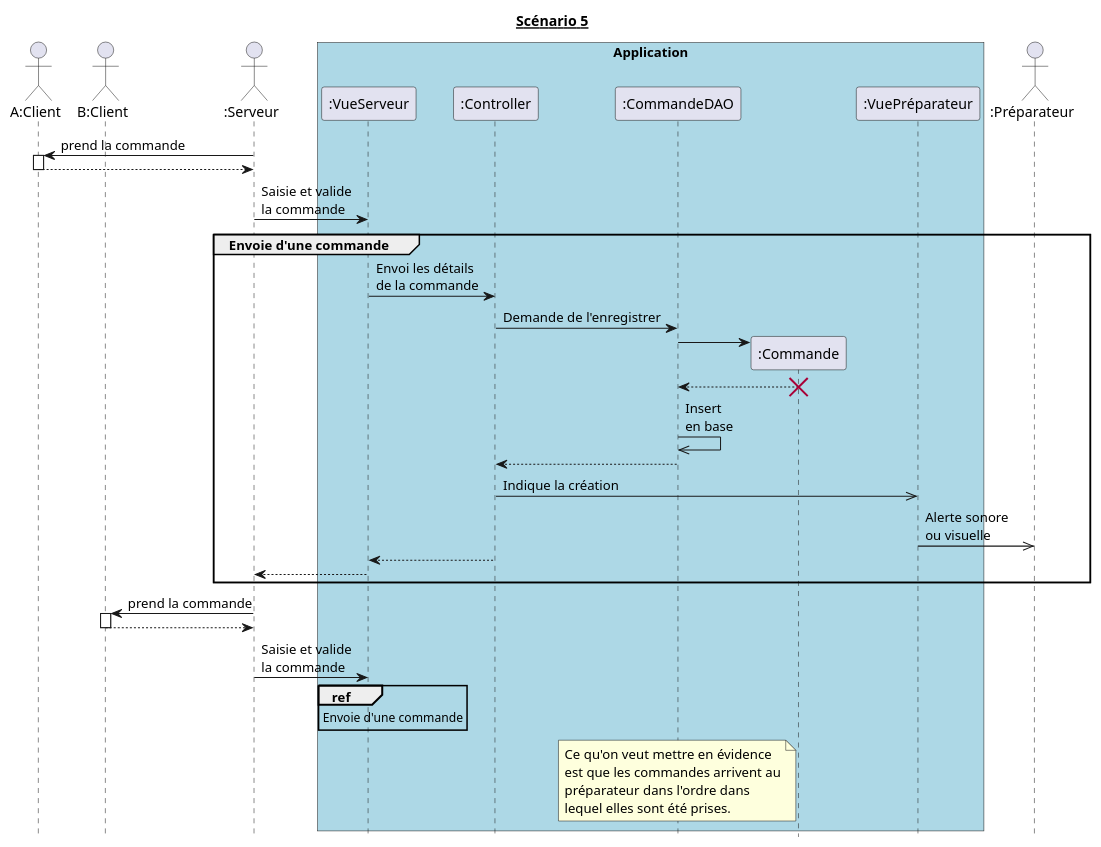
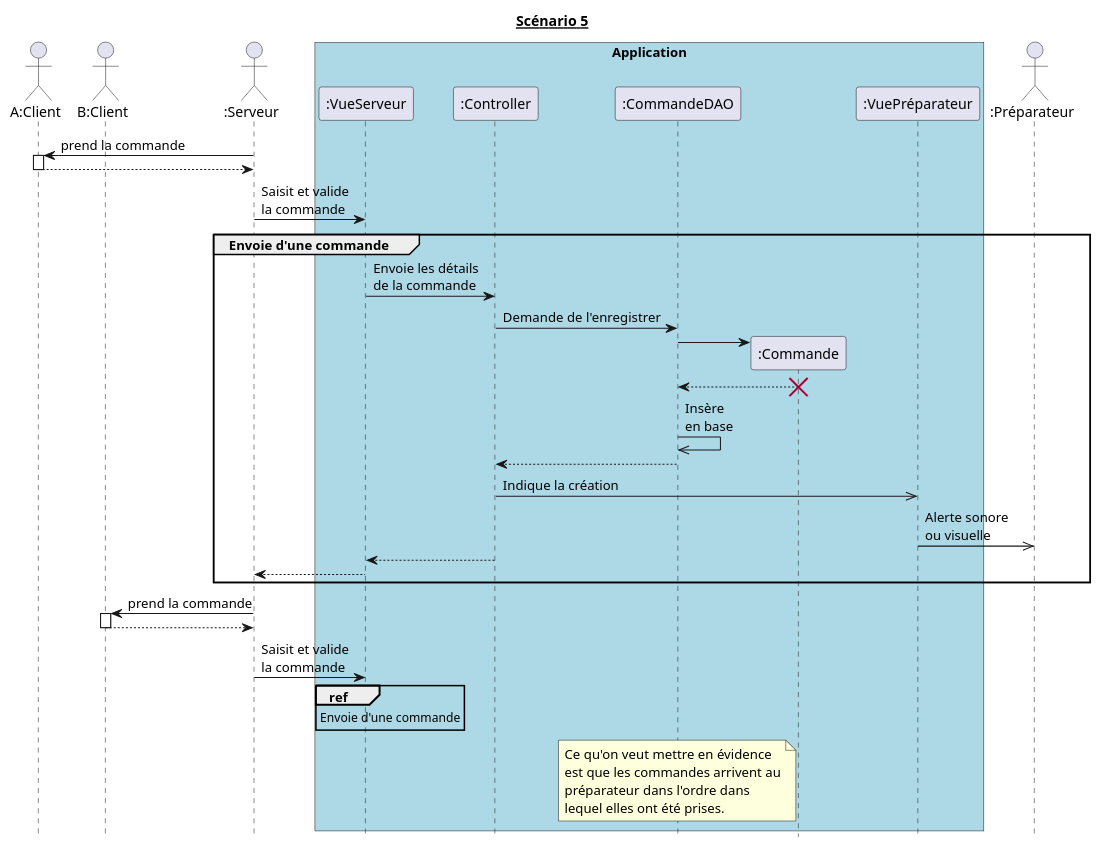
The diagram in diagrammes_sequences_detailles/dss5.md (hulskenA/GL-Les_seigneurs_du_resto), drawn with PlantUML before and after one commit.

````diff
--- a/diagrammes_sequences_detailles/dss5.md
+++ b/diagrammes_sequences_detailles/dss5.md
@@ -1,63 +1,63 @@
 ```puml
 @startuml
 hide footbox
 title __Scénario 5__
 
 actor "A:Client" as ClientA order 10
 actor "B:Client" as ClientB order 20
 actor ":Serveur" as Serveur order 30
 actor ":Préparateur" as Préparateur order 90
 
 box "Application" #Lightblue
   participant ":VueServeur" as VueServeur order 40
   participant ":Controller" as Controller order 50
   participant ":CommandeDAO" as CommandeDAO order 60
   participant ":Commande" as Commande order 70
   participant ":VuePréparateur" as VuePréparateur order 80
 endbox
 
 Serveur -> ClientA : prend la commande
 activate ClientA
 Serveur <-- ClientA
 deactivate ClientA
 
-Serveur -> VueServeur : Saisie et valide\nla commande
+Serveur -> VueServeur : Saisit et valide\nla commande
 
 group Envoie d'une commande
-  VueServeur -> Controller : Envoi les détails\nde la commande
+  VueServeur -> Controller : Envoie les détails\nde la commande
   Controller -> CommandeDAO : Demande de l'enregistrer
 
   create Commande
   CommandeDAO -> Commande
   CommandeDAO <-- Commande
   destroy Commande
 
-  CommandeDAO ->> CommandeDAO : Insert\nen base
+  CommandeDAO ->> CommandeDAO : Insère\nen base
   CommandeDAO --> Controller
 
   Controller ->> VuePréparateur : Indique la création
   VuePréparateur ->> Préparateur : Alerte sonore\nou visuelle
   Controller --> VueServeur
   VueServeur --> Serveur
 end
 
 Serveur -> ClientB : prend la commande
 activate ClientB
 Serveur <-- ClientB
 deactivate ClientB
 
-Serveur -> VueServeur : Saisie et valide\nla commande
+Serveur -> VueServeur : Saisit et valide\nla commande
 
 ref over VueServeur
     Envoie d'une commande
 end
 
 note over CommandeDAO
   Ce qu'on veut mettre en évidence
   est que les commandes arrivent au
   préparateur dans l'ordre dans
-  lequel elles sont été prises.
+  lequel elles ont été prises.
 end note
 
 @enduml
 ```
````
